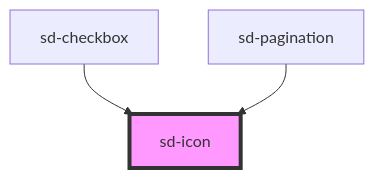
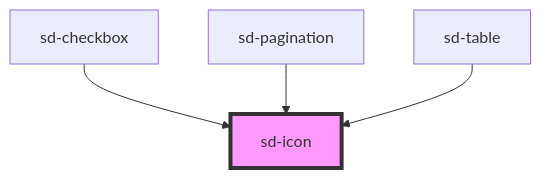
The diagram in packages/stencil/src/components/sd-icon/readme.md (kmeijjing/stencil-test), drawn with Mermaid before and after one commit. The commit also changed other lines of this file and 7 other files, not shown here.

Commit message:
feat: add PageMove icon and integrate into SdTable; update properties and README for better documentation

````diff
--- a/packages/stencil/src/components/sd-icon/readme.md
+++ b/packages/stencil/src/components/sd-icon/readme.md
@@ -25,6 +26,7 @@
 ```mermaid
 graph TD;
   sd-checkbox --> sd-icon
   sd-pagination --> sd-icon
+  sd-table --> sd-icon
   style sd-icon fill:#f9f,stroke:#333,stroke-width:4px
 ```
````
